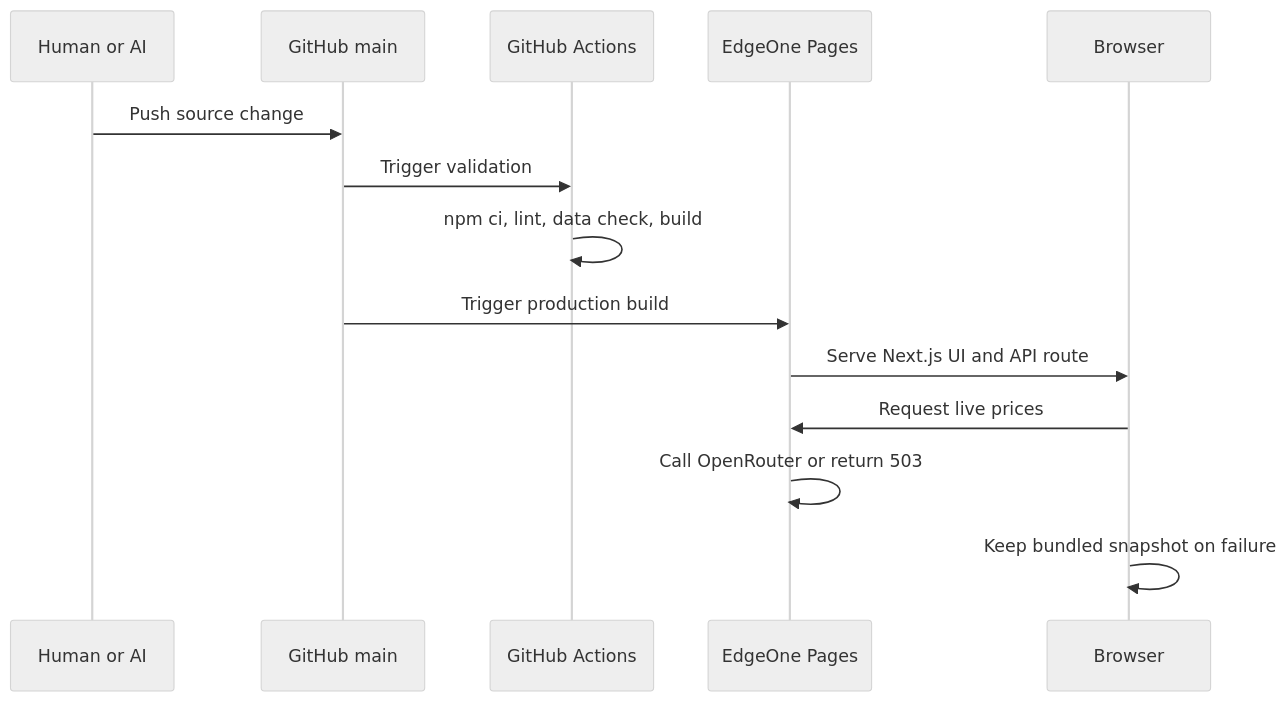
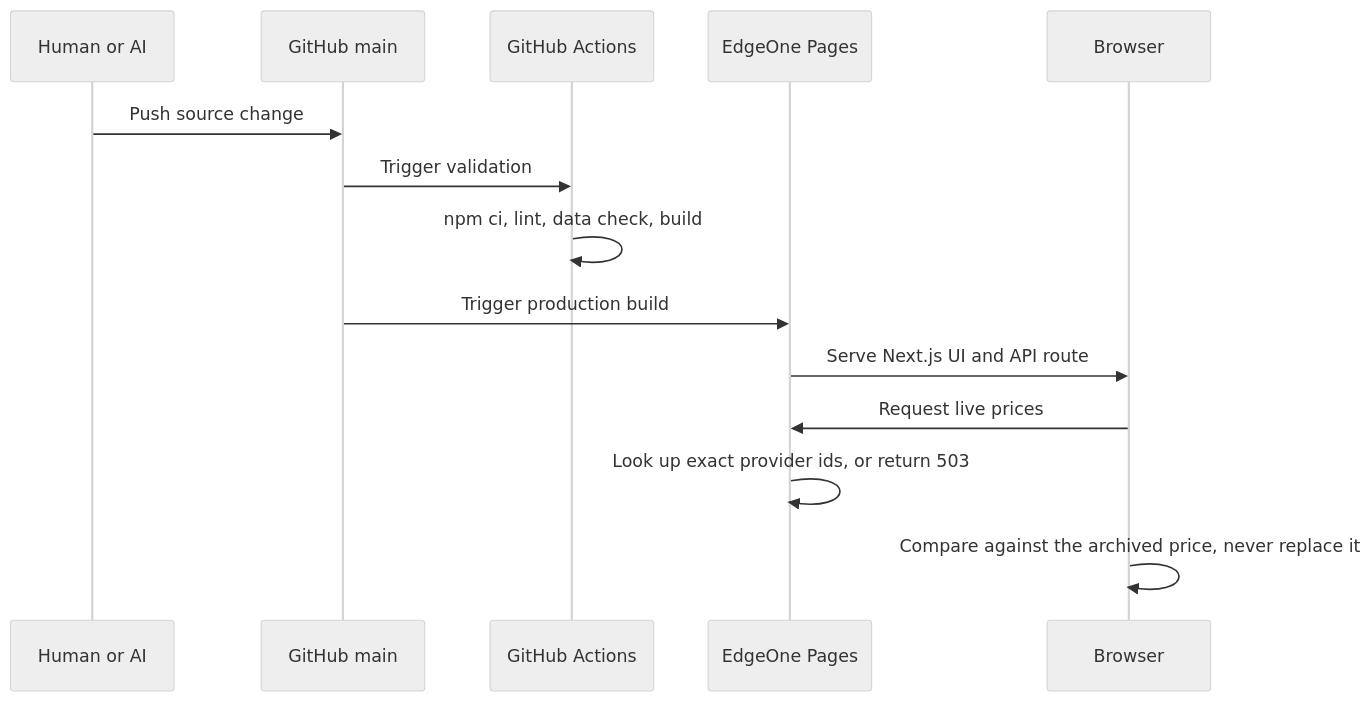
Before and after one commit to Quarkgluonmixture/ai-model-observatory: the third of 3 diagrams in docs/ARCHITECTURE.md, drawn with Mermaid (neutral theme). The commit also changed other lines of this file and 4 other files, not shown here.

````diff
--- a/docs/ARCHITECTURE.md
+++ b/docs/ARCHITECTURE.md
@@ -248,17 +271,17 @@
 ```mermaid
 sequenceDiagram
     participant Dev as Human or AI
     participant GH as GitHub main
     participant CI as GitHub Actions
     participant EO as EdgeOne Pages
     participant User as Browser
 
     Dev->>GH: Push source change
     GH->>CI: Trigger validation
     CI->>CI: npm ci, lint, data check, build
     GH->>EO: Trigger production build
     EO->>User: Serve Next.js UI and API route
     User->>EO: Request live prices
-    EO->>EO: Call OpenRouter or return 503
-    User->>User: Keep bundled snapshot on failure
+    EO->>EO: Look up exact provider ids, or return 503
+    User->>User: Compare against the archived price, never replace it
 ```
````
